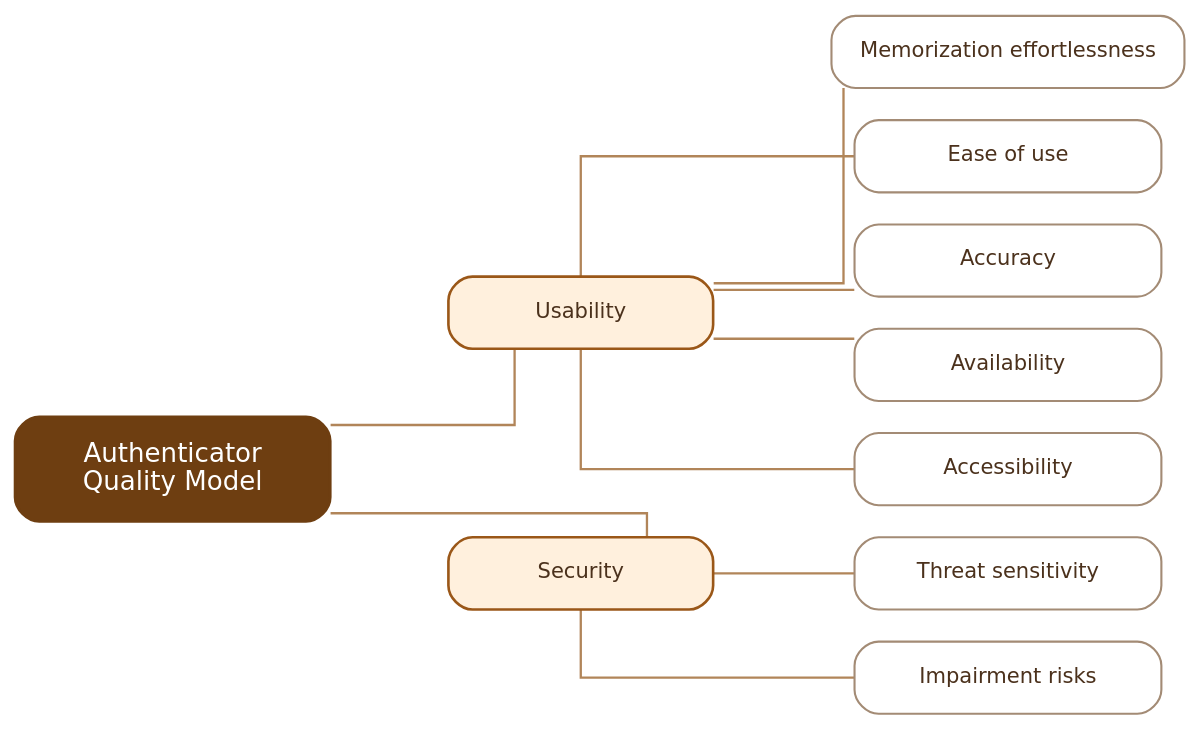
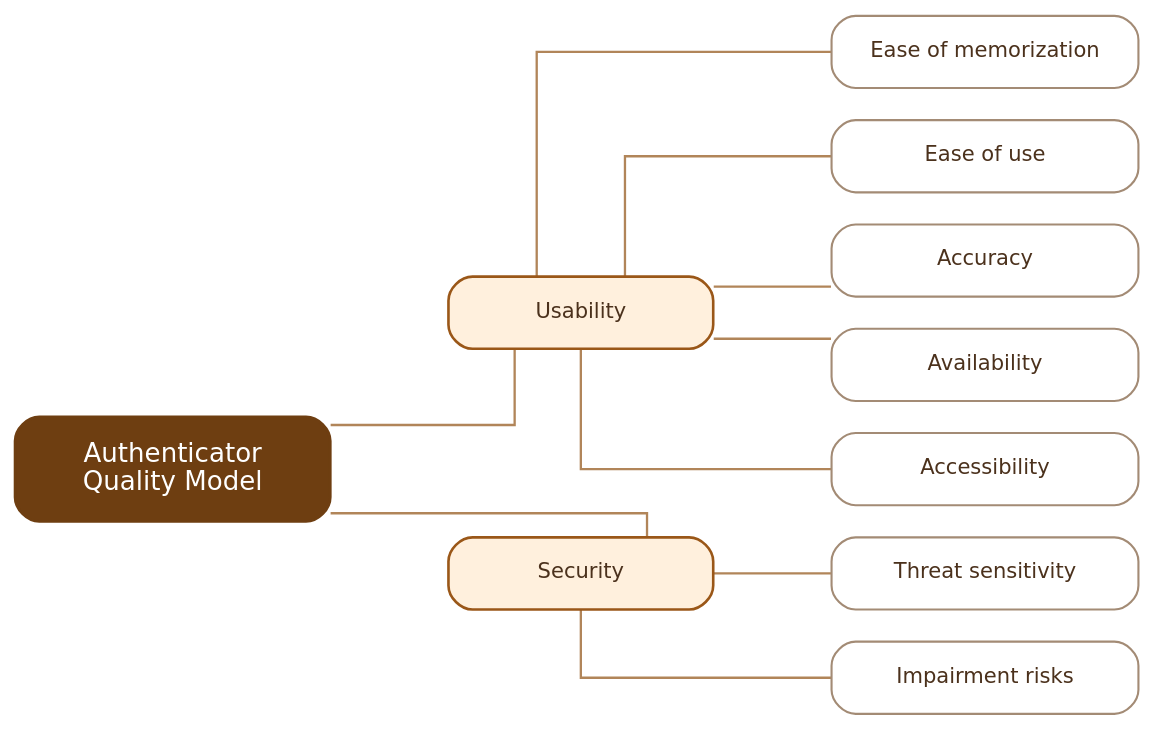
One commit to aqua-authentication/AQUA changed the diagram in trees/authenticator-tree.dot. Above: the diagram before and after it, drawn with Graphviz. The commit also changed 12 other files, not shown here.

```diff
--- a/trees/authenticator-tree.dot
+++ b/trees/authenticator-tree.dot
@@ -1,67 +1,67 @@
 digraph QualityModel {
   graph [
     rankdir=LR,
     bgcolor="transparent",
     pad="0.14",
     margin="0.03",
     nodesep="0.22",
     ranksep="0.82",
     splines=ortho,
     outputorder=edgesfirst,
     ordering=out
   ];
 
   node [
     shape=box,
     style="rounded,filled",
     fontname="DejaVu Sans",
     fontsize=10.5,
     color="#a38b75",
     fontcolor="#4b311c",
     penwidth=1.05,
     margin="0.18,0.11"
   ];
 
   edge [
     dir=none,
     color="#b18559",
     penwidth=1.15
   ];
 
   Root [
     label="Authenticator\nQuality Model",
     fillcolor="#6e3e11",
     fontcolor="white",
     color="#6e3e11",
     fontsize=13,
     penwidth=1.5,
     width=2.18,
     height=0.72
   ];
 
   // Quality factors
   Usability   [label="Usability", fillcolor="#fff0dd", color="#9a5718", penwidth=1.3, width=1.84];
   Security    [label="Security",  fillcolor="#fff0dd", color="#9a5718", penwidth=1.3, width=1.84];
 
   // Quality subfactors
-  MemorizationEffortlessness [label="Memorization effortlessness", fillcolor="white", width=2.12];
+  EaseOfMemorization         [label="Ease of memorization",        fillcolor="white", width=2.12];
   EaseOfUse                  [label="Ease of use",                 fillcolor="white", width=2.12];
   Accuracy                   [label="Accuracy",                    fillcolor="white", width=2.12];
   Availability               [label="Availability",                fillcolor="white", width=2.12];
   Accessibility              [label="Accessibility",               fillcolor="white", width=2.12];
 
   ThreatSensitivity          [label="Threat sensitivity",          fillcolor="white", width=2.12];
   ImpairmentRisks            [label="Impairment risks",            fillcolor="white", width=2.12];
 
   Root -> Usability;
   Root -> Security;
 
-  Usability -> MemorizationEffortlessness;
+  Usability -> EaseOfMemorization;
   Usability -> EaseOfUse;
   Usability -> Accuracy;
   Usability -> Availability;
   Usability -> Accessibility;
 
   Security -> ThreatSensitivity;
   Security -> ImpairmentRisks;
 }
```
